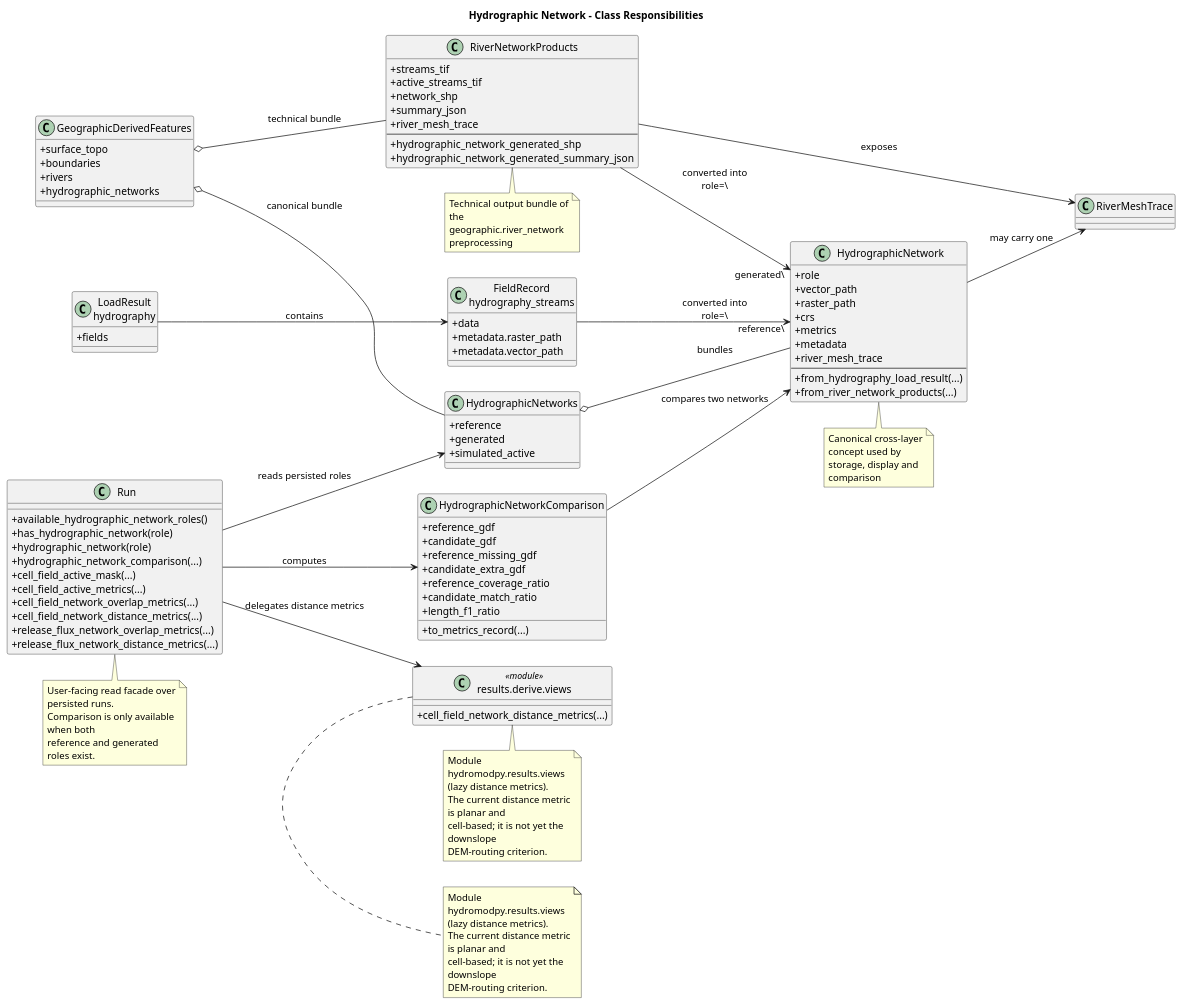
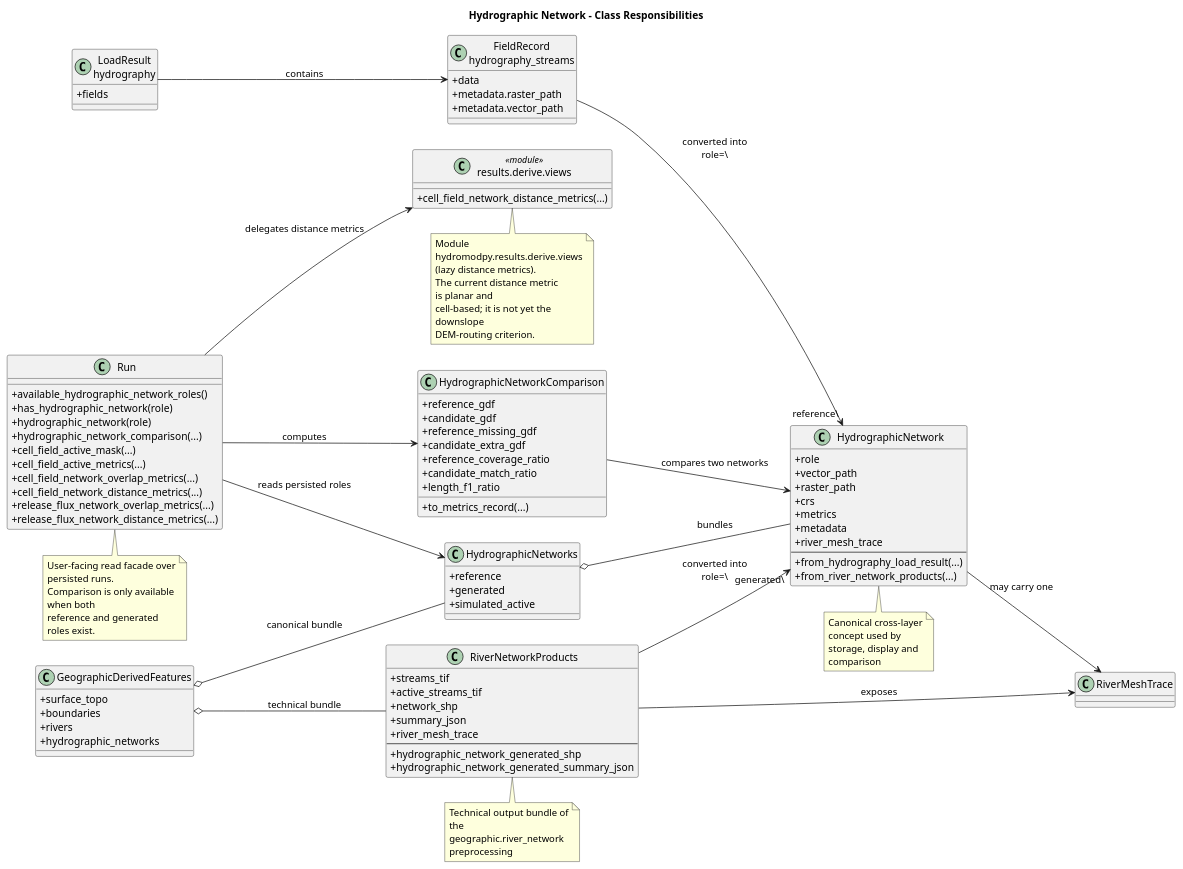
The diagram in docs/source/contribute/architecture/spatial_support/diagrams/hydrographic_network_class_map.wsd (HydroModPy/HydroModPy), drawn with PlantUML before and after one commit. The commit also changed 45 other files, not shown here.

```diff
--- a/docs/source/contribute/architecture/spatial_support/diagrams/hydrographic_network_class_map.wsd
+++ b/docs/source/contribute/architecture/spatial_support/diagrams/hydrographic_network_class_map.wsd
@@ -1,126 +1,119 @@
 @startuml
 title Hydrographic Network - Class Responsibilities
 left to right direction
 skinparam classAttributeIconSize 0
 skinparam wrapWidth 180
 
 class "LoadResult\nhydrography" as HydrographyLoadResult {
   +fields
 }
 
 class "FieldRecord\nhydrography_streams" as HydrographyFieldRecord {
   +data
   +metadata.raster_path
   +metadata.vector_path
 }
 
 class RiverNetworkProducts {
   +streams_tif
   +active_streams_tif
   +network_shp
   +summary_json
   +river_mesh_trace
   --
   +hydrographic_network_generated_shp
   +hydrographic_network_generated_summary_json
 }
 
 class RiverMeshTrace
 
 class HydrographicNetwork {
   +role
   +vector_path
   +raster_path
   +crs
   +metrics
   +metadata
   +river_mesh_trace
   --
   +from_hydrography_load_result(...)
   +from_river_network_products(...)
 }
 
 class HydrographicNetworks {
   +reference
   +generated
   +simulated_active
 }
 
 class HydrographicNetworkComparison {
   +reference_gdf
   +candidate_gdf
   +reference_missing_gdf
   +candidate_extra_gdf
   +reference_coverage_ratio
   +candidate_match_ratio
   +length_f1_ratio
   +to_metrics_record(...)
 }
 
 class "results.derive.views" as StreamNetworkMetrics <<module>> {
   +cell_field_network_distance_metrics(...)
 }
 
 class GeographicDerivedFeatures {
   +surface_topo
   +boundaries
   +rivers
   +hydrographic_networks
 }
 
 class Run {
   +available_hydrographic_network_roles()
   +has_hydrographic_network(role)
   +hydrographic_network(role)
   +hydrographic_network_comparison(...)
   +cell_field_active_mask(...)
   +cell_field_active_metrics(...)
   +cell_field_network_overlap_metrics(...)
   +cell_field_network_distance_metrics(...)
   +release_flux_network_overlap_metrics(...)
   +release_flux_network_distance_metrics(...)
 }
 
 HydrographyLoadResult --> HydrographyFieldRecord : contains
 HydrographyFieldRecord --> HydrographicNetwork : converted into\nrole=\"reference\"
 RiverNetworkProducts --> HydrographicNetwork : converted into\nrole=\"generated\"
 RiverNetworkProducts --> RiverMeshTrace : exposes
 HydrographicNetwork --> RiverMeshTrace : may carry one
 HydrographicNetworks o-- HydrographicNetwork : bundles
 GeographicDerivedFeatures o-- RiverNetworkProducts : technical bundle
 GeographicDerivedFeatures o-- HydrographicNetworks : canonical bundle
 Run --> HydrographicNetworks : reads persisted roles
 Run --> HydrographicNetworkComparison : computes
 Run --> StreamNetworkMetrics : delegates distance metrics
 HydrographicNetworkComparison --> HydrographicNetwork : compares two networks
 
 note bottom of RiverNetworkProducts
 Technical output bundle of the
 geographic.river_network preprocessing
 end note
 
 note bottom of HydrographicNetwork
 Canonical cross-layer concept used by
 storage, display and comparison
 end note
 
 note bottom of Run
 User-facing read facade over persisted runs.
 Comparison is only available when both
 reference and generated roles exist.
 end note
 
 note bottom of StreamNetworkMetrics
-Module hydromodpy.results.views (lazy distance metrics).
-The current distance metric is planar and
-cell-based; it is not yet the downslope
-DEM-routing criterion.
-end note
-
-note bottom of StreamNetworkMetrics
-Module hydromodpy.results.views (lazy distance metrics).
+Module hydromodpy.results.derive.views (lazy distance metrics).
 The current distance metric is planar and
 cell-based; it is not yet the downslope
 DEM-routing criterion.
 end note
 @enduml
```
